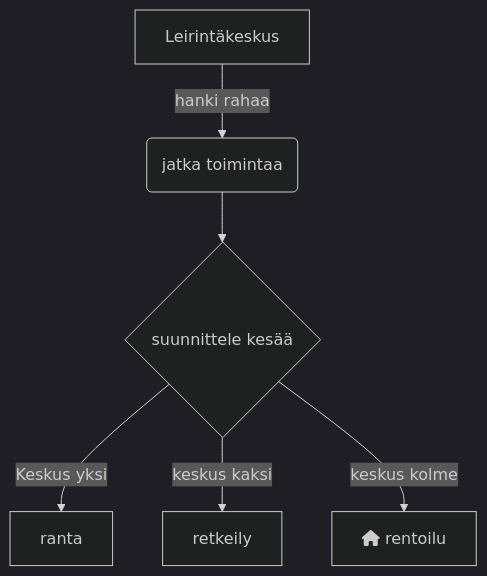
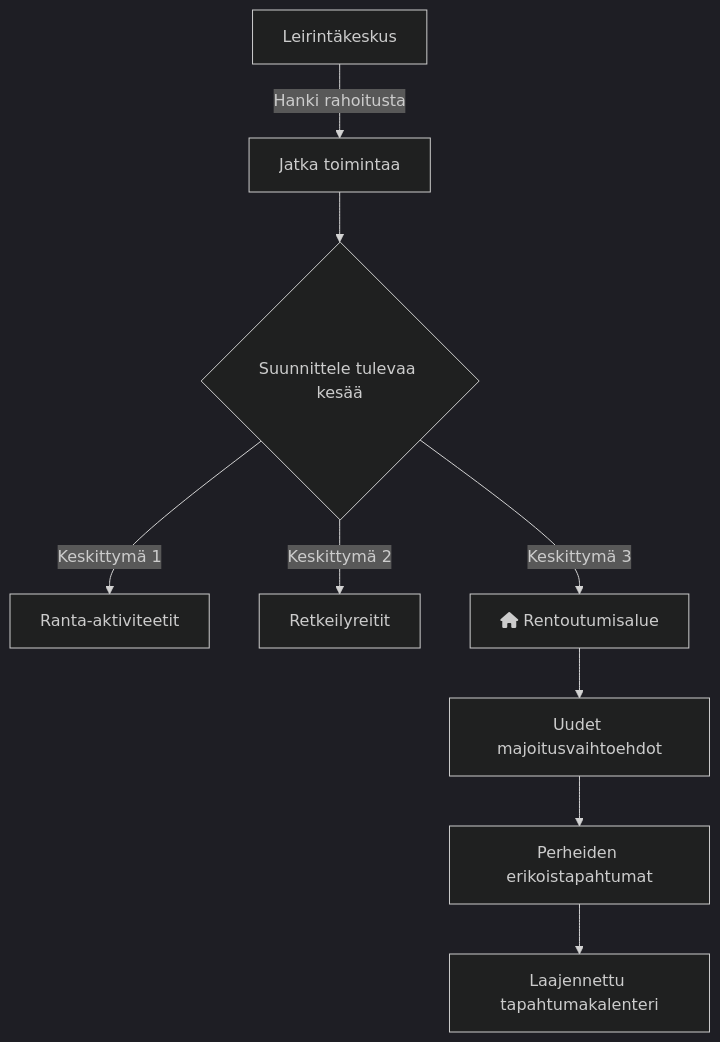
Before and after one commit to REDKING-11/Leirinta-keskus: the diagram in README.md, drawn with Mermaid (dark theme). The commit also changed other lines of this file and 5 other files, not shown here.

````diff
--- a/README.md
+++ b/README.md
@@ -7,9 +13,11 @@
 ```mermaid
 flowchart TD
-    A[Leirintäkeskus] -->|hanki rahaa| B(jatka toimintaa)
-    B --> C{suunnittele kesää}
-    C -->|Keskus yksi| D[ranta]
-    C -->|keskus kaksi| E[retkeily]
-    C -->|keskus kolme| F[fa:fa-house rentoilu]
-
+    A[Leirintäkeskus] -->|Hanki rahoitusta| B[Jatka toimintaa]
+    B --> C{Suunnittele tulevaa kesää}
+    C -->|Keskittymä 1| D[Ranta-aktiviteetit]
+    C -->|Keskittymä 2| E[Retkeilyreitit]
+    C -->|Keskittymä 3| F[fa:fa-house Rentoutumisalue]
+    F --> G[Uudet majoitusvaihtoehdot]
+    G --> H[Perheiden erikoistapahtumat]
+    H --> I[Laajennettu tapahtumakalenteri]
 ```
````
